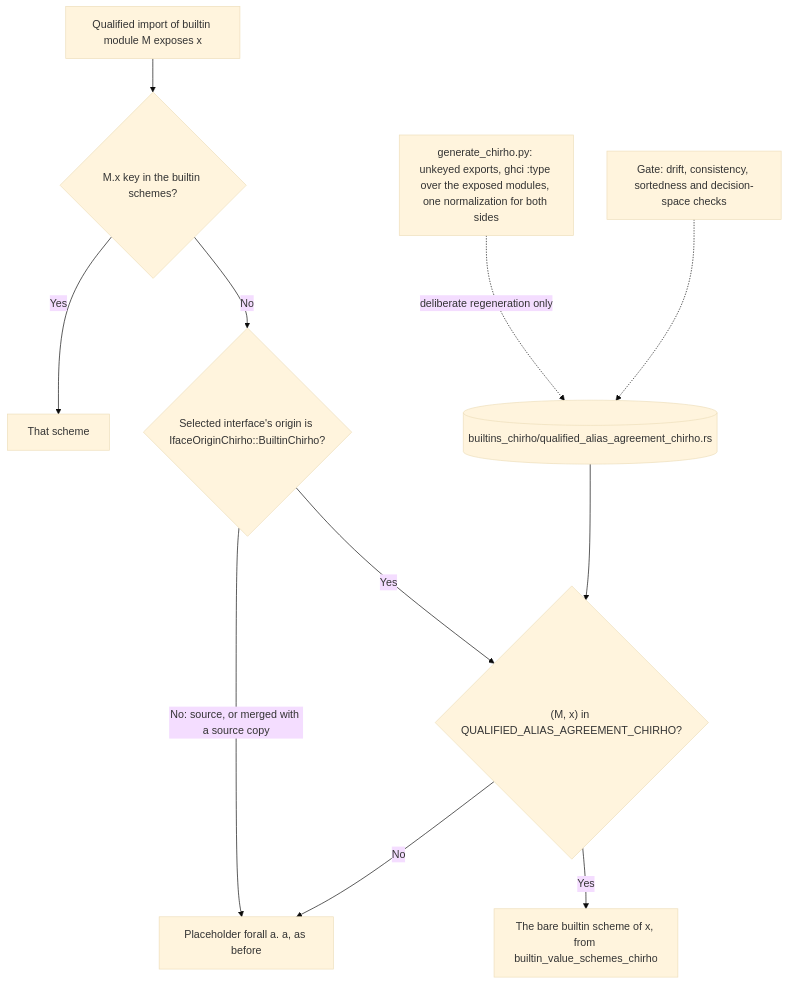
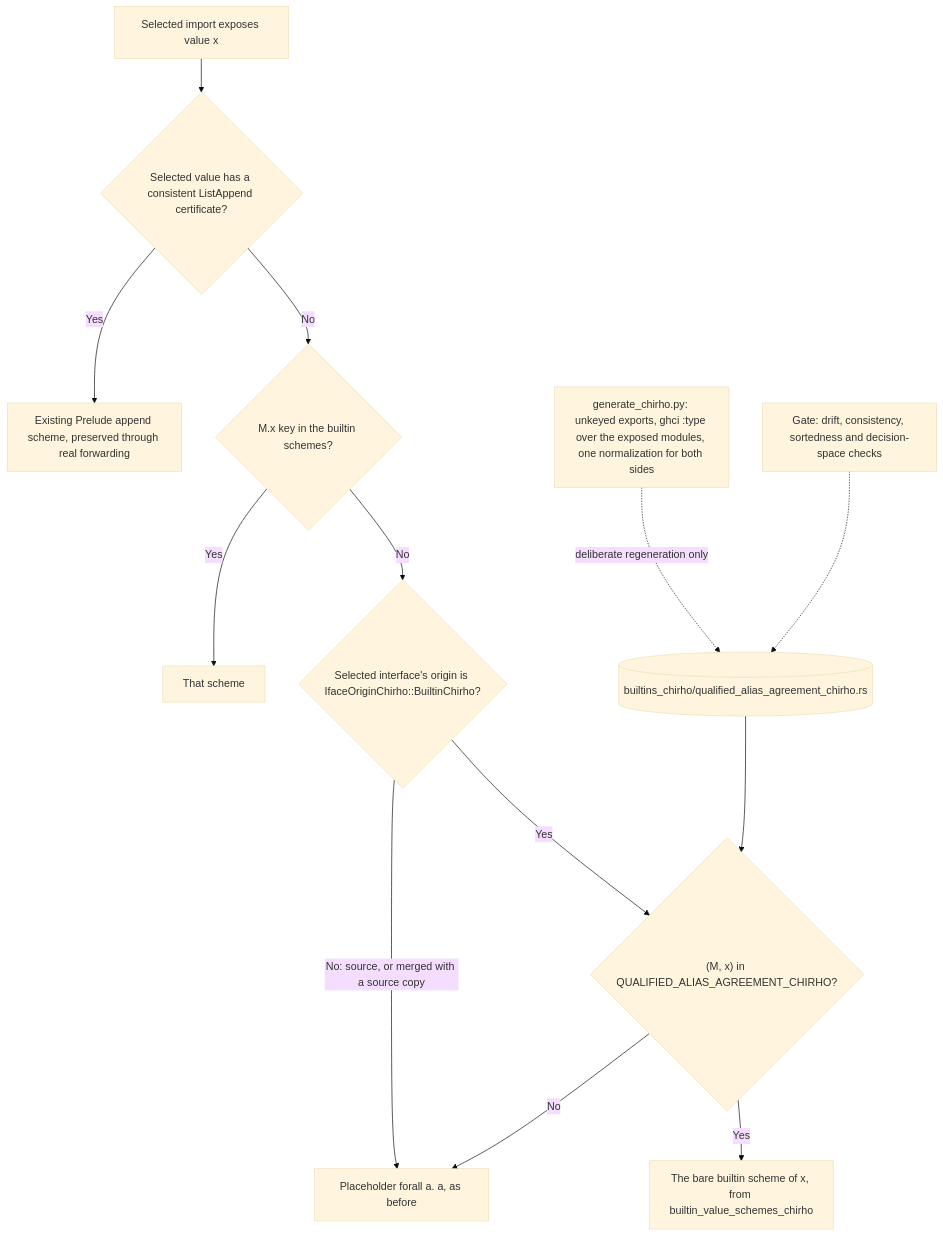
One commit to loveJesus/haskelujah-chirho changed the third of 4 diagrams in spec-chirho/workflows-chirho/compiler-pipeline-chirho/builtin-type-environment-chirho.md. Above: the diagram before and after it, drawn with Mermaid (base theme). The commit also changed other lines of this file and 8 other files, not shown here.

First line of the commit message:
Forward certified Data.List append identity Chirho

````diff
--- a/spec-chirho/workflows-chirho/compiler-pipeline-chirho/builtin-type-environment-chirho.md
+++ b/spec-chirho/workflows-chirho/compiler-pipeline-chirho/builtin-type-environment-chirho.md
@@ -97,13 +97,15 @@
 ```mermaid
 flowchart TD
-    import_chirho["Qualified import of builtin module M exposes x"] --> keyed_chirho{"M.x key in the builtin schemes?"}
+    import_chirho["Selected import exposes value x"] --> certificate_chirho{"Selected value has a consistent ListAppend certificate?"}
+    certificate_chirho -->|Yes| certified_scheme_chirho[Existing Prelude append scheme, preserved through real forwarding]
+    certificate_chirho -->|No| keyed_chirho{"M.x key in the builtin schemes?"}
     keyed_chirho -->|Yes| key_scheme_chirho[That scheme]
     keyed_chirho -->|No| origin_chirho{"Selected interface's origin is IfaceOriginChirho::BuiltinChirho?"}
     origin_chirho -->|"No: source, or merged with a source copy"| placeholder_chirho
     origin_chirho -->|Yes| table_chirho{"(M, x) in QUALIFIED_ALIAS_AGREEMENT_CHIRHO?"}
     table_chirho -->|Yes| bare_chirho["The bare builtin scheme of x, from builtin_value_schemes_chirho"]
     table_chirho -->|No| placeholder_chirho["Placeholder forall a. a, as before"]
     generator_chirho["generate_chirho.py: unkeyed exports, ghci :type over the exposed modules, one normalization for both sides"] -.->|deliberate regeneration only| table_file_chirho[("builtins_chirho/qualified_alias_agreement_chirho.rs")]
     table_file_chirho --> table_chirho
     checks_chirho["Gate: drift, consistency, sortedness and decision-space checks"] -.-> table_file_chirho
 ```
````
